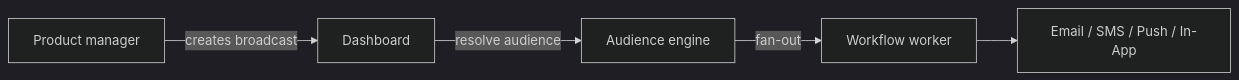
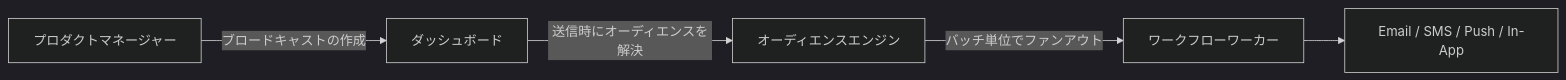
The diagram in content/docs/ja/platform/features/broadcasts.mdx (KriyanshKhunt/nexus_docs), drawn with Mermaid (dark theme) before and after one commit. The commit also changed other lines of this file and 27 other files, not shown here.

````diff
--- a/content/docs/ja/platform/features/broadcasts.mdx
+++ b/content/docs/ja/platform/features/broadcasts.mdx
@@ -16,7 +19,7 @@
 ```mermaid
 flowchart LR
-  PM[Product manager] -->|creates broadcast| Dash[Dashboard]
-  Dash -->|resolve audience| Aud[Audience engine]
-  Aud -->|fan-out| Worker[Workflow worker]
+  PM[プロダクトマネージャー] -->|ブロードキャストの作成| Dash[ダッシュボード]
+  Dash -->|送信時にオーディエンスを解決| Aud[オーディエンスエンジン]
+  Aud -->|バッチ単位でファンアウト| Worker[ワークフローワーカー]
   Worker --> Ch[Email / SMS / Push / In-App]
 ```
````
